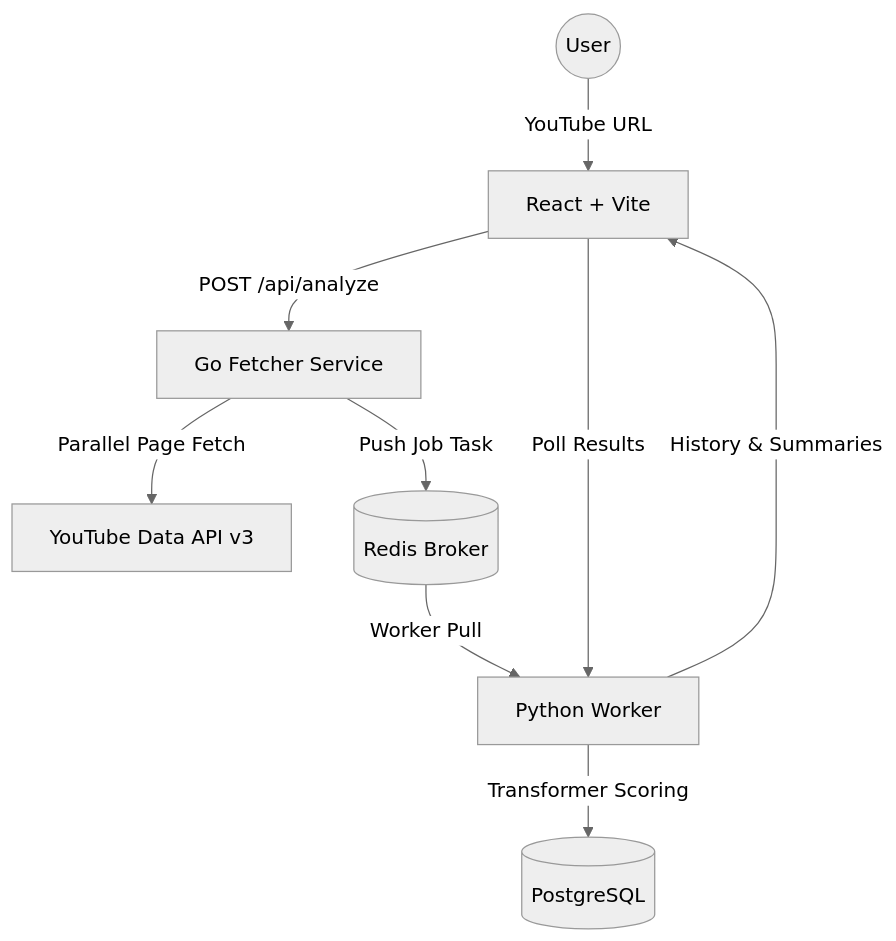
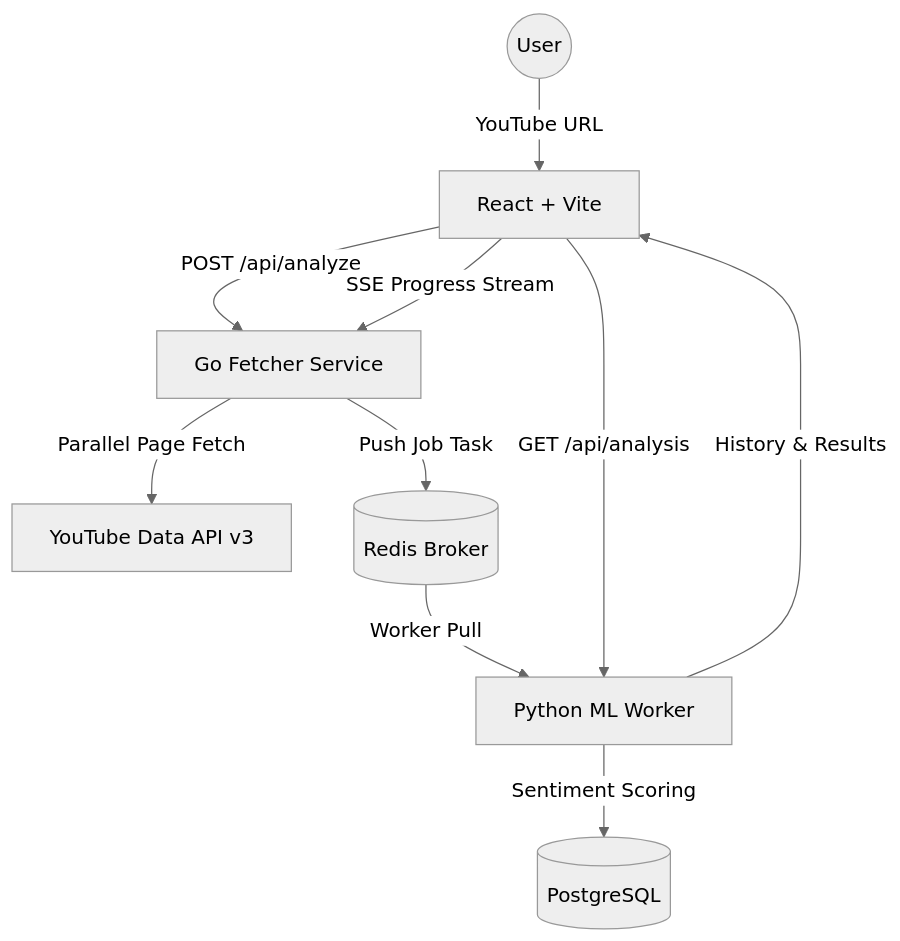
One commit to DaffMe/NeuroTube changed the diagram in README.md. Above: the diagram before and after it, drawn with Mermaid (neutral theme). The commit also changed other lines of this file, not shown here.

First line of the commit message:
docs: rewrite README with full feature breakdown and architecture diagram

````diff
--- a/README.md
+++ b/README.md
@@ -49,11 +43,12 @@
 ```mermaid
 graph TD
     User((User)) -->|YouTube URL| Frontend[React + Vite]
     Frontend -->|POST /api/analyze| Fetcher[Go Fetcher Service]
     Fetcher -->|Parallel Page Fetch| YT_API[YouTube Data API v3]
     Fetcher -->|Push Job Task| Redis[(Redis Broker)]
-    Redis -->|Worker Pull| MLEngine[Python Worker]
-    MLEngine -->|Transformer Scoring| DB[(PostgreSQL)]
-    Frontend -->|Poll Results| MLEngine
-    MLEngine -->|History & Summaries| Frontend
+    Redis -->|Worker Pull| MLEngine[Python ML Worker]
+    MLEngine -->|Sentiment Scoring| DB[(PostgreSQL)]
+    Frontend -->|SSE Progress Stream| Fetcher
+    Frontend -->|GET /api/analysis| MLEngine
+    MLEngine -->|History & Results| Frontend
 ```
````
